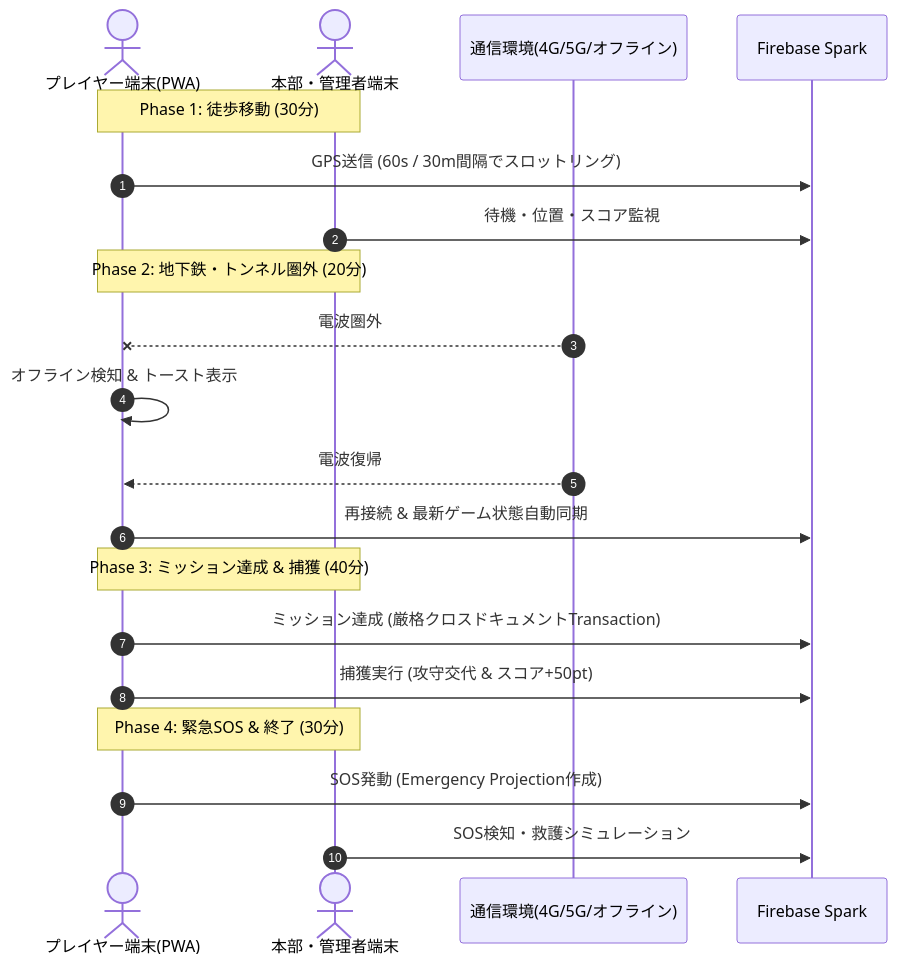
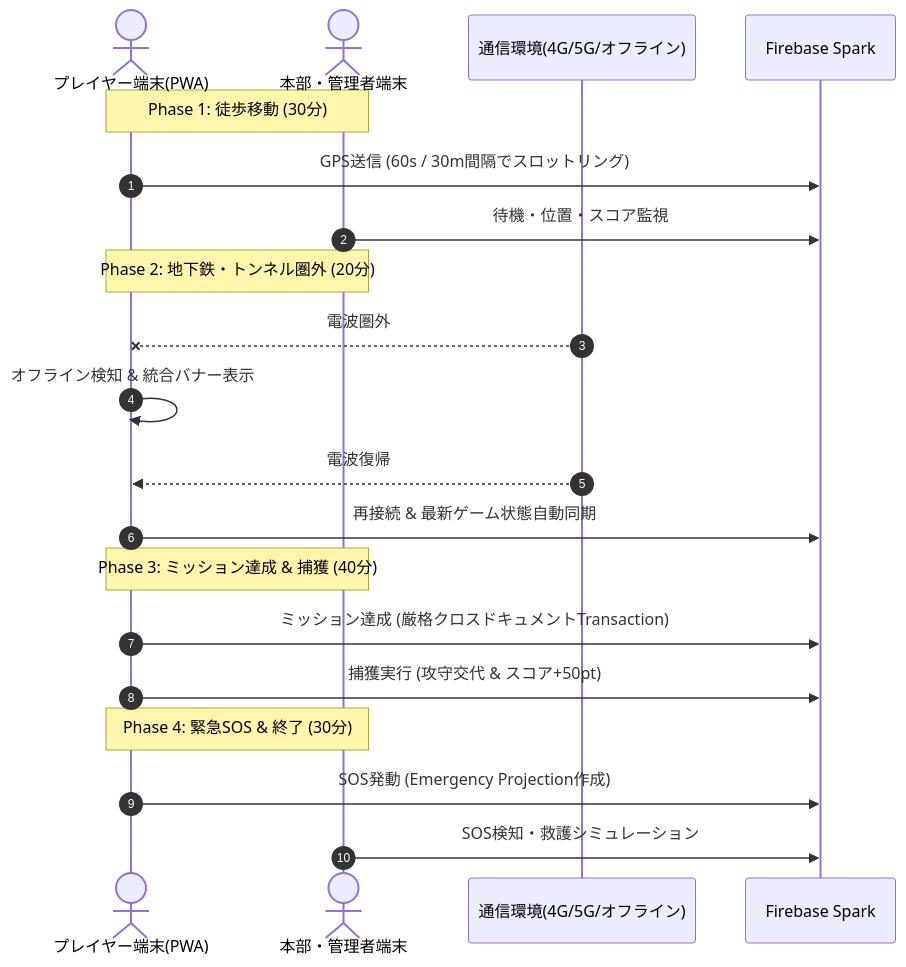
Before and after one commit to skyblueao77/transit-tag-game: the diagram in docs/operations/FIELD_TEST_RUNBOOK.md, drawn with Mermaid. The commit also changed other lines of this file and 95 other files, not shown here.

````diff
--- a/docs/operations/FIELD_TEST_RUNBOOK.md
+++ b/docs/operations/FIELD_TEST_RUNBOOK.md
@@ -37,26 +39,26 @@
 ```mermaid
 sequenceDiagram
     autonumber
     actor Player as プレイヤー端末(PWA)
     actor Admin as 本部・管理者端末
     participant Net as 通信環境(4G/5G/オフライン)
     participant FS as Firebase Spark
 
     Note over Player,Admin: Phase 1: 徒歩移動 (30分)
     Player->>FS: GPS送信 (60s / 30m間隔でスロットリング)
     Admin->>FS: 待機・位置・スコア監視
 
     Note over Player,Admin: Phase 2: 地下鉄・トンネル圏外 (20分)
     Net--xPlayer: 電波圏外
-    Player->>Player: オフライン検知 & トースト表示
+    Player->>Player: オフライン検知 & 統合バナー表示
     Net-->>Player: 電波復帰
     Player->>FS: 再接続 & 最新ゲーム状態自動同期
 
     Note over Player,Admin: Phase 3: ミッション達成 & 捕獲 (40分)
     Player->>FS: ミッション達成 (厳格クロスドキュメントTransaction)
     Player->>FS: 捕獲実行 (攻守交代 & スコア+50pt)
 
     Note over Player,Admin: Phase 4: 緊急SOS & 終了 (30分)
     Player->>FS: SOS発動 (Emergency Projection作成)
     Admin->>FS: SOS検知・救護シミュレーション
 ```
````
